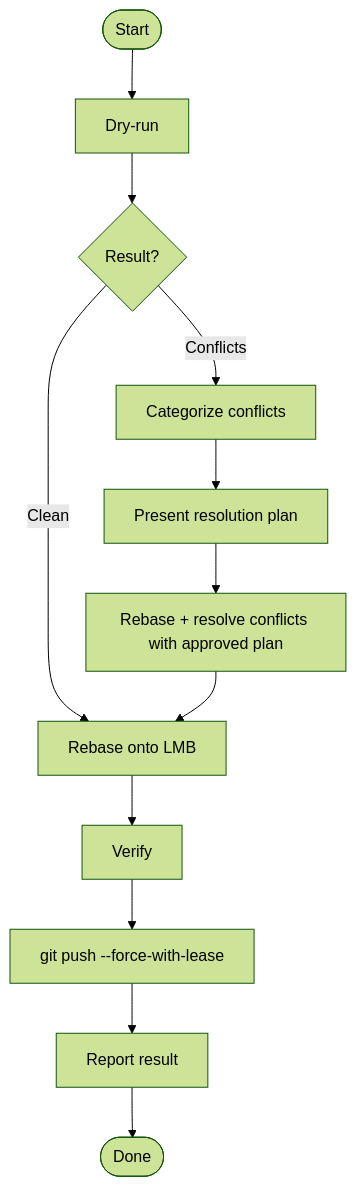
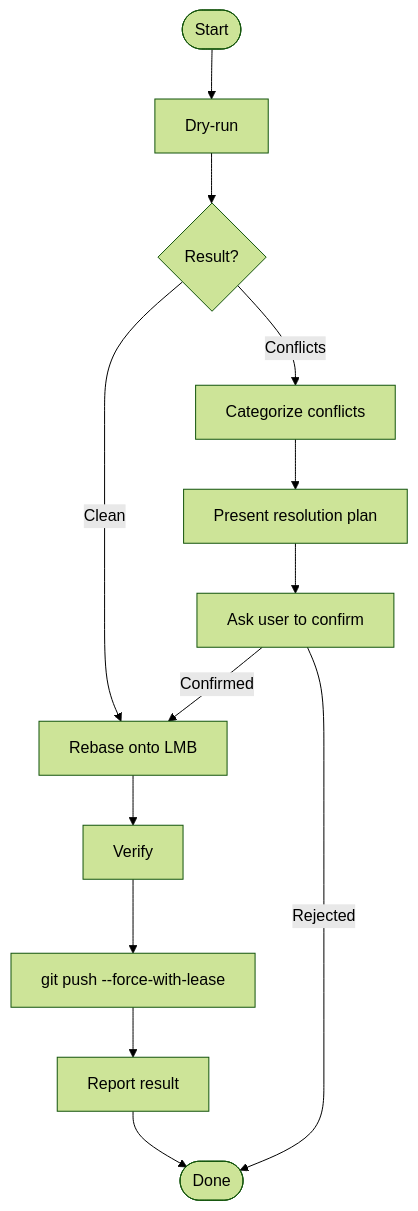
One commit to 35iter-cn/agents-config changed the diagram in skills/keep-branch-fresh/SKILL.md. Above: the diagram before and after it, drawn with Mermaid (forest theme). The commit also changed other lines of this file, not shown here.

Commit message:
refactor: enhance conflict categorization strategy for source code and docs in keep-branch-fresh skill documentation

````diff
--- a/skills/keep-branch-fresh/SKILL.md
+++ b/skills/keep-branch-fresh/SKILL.md
@@ -38,14 +38,15 @@
 ```mermaid
 flowchart TD
     A([Start]) --> B[Dry-run]
     B --> C{Result?}
     C -->|Clean| D[Rebase onto LMB]
     C -->|Conflicts| E[Categorize conflicts]
     E --> F[Present resolution plan]
-    F --> G[Rebase + resolve conflicts with approved plan]
-    G --> D
+    F --> F1[Ask user to confirm]
+    F1 -->|Confirmed| D
+    F1 -->|Rejected| K
     D --> H[Verify]
     H --> I[git push --force-with-lease]
     I --> J[Report result]
     J --> K([Done])
 ```
````
